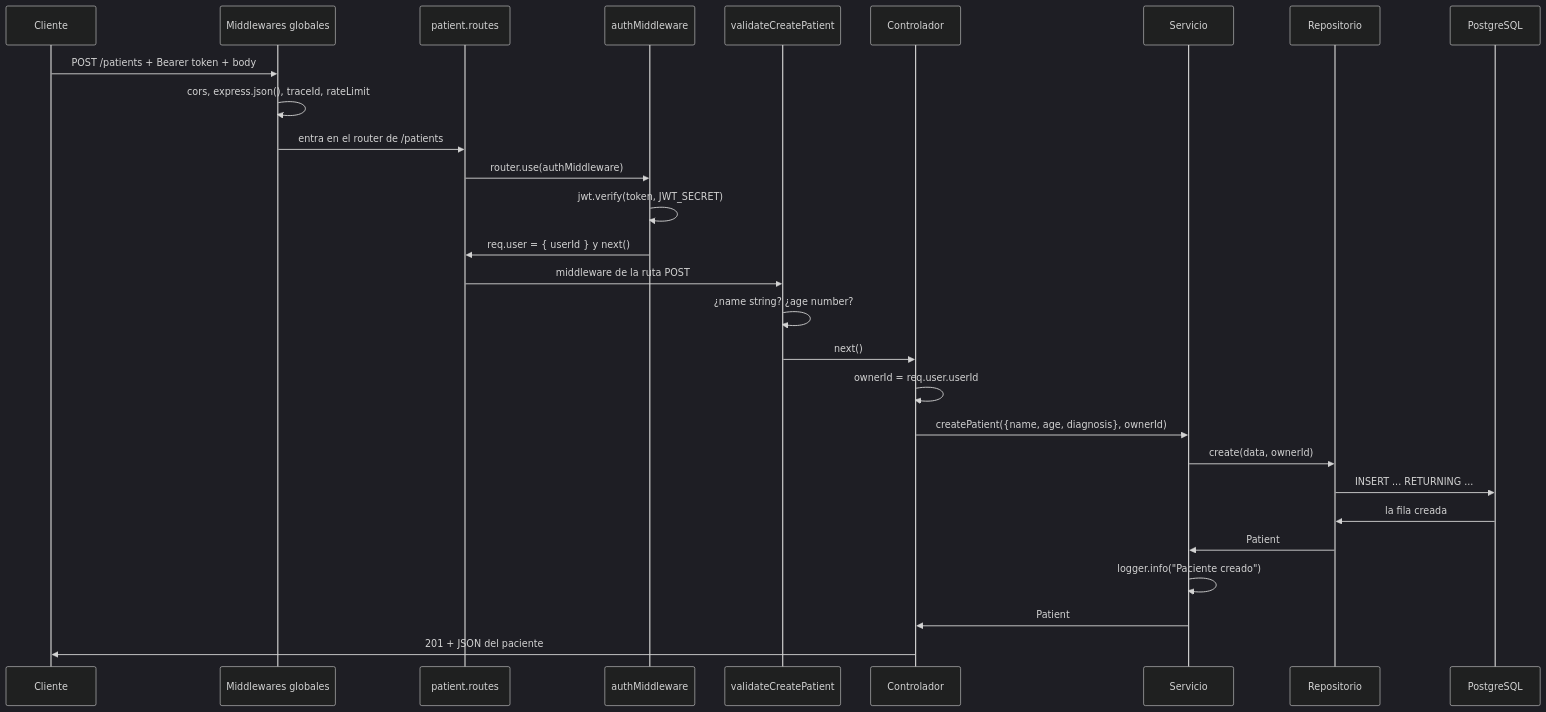
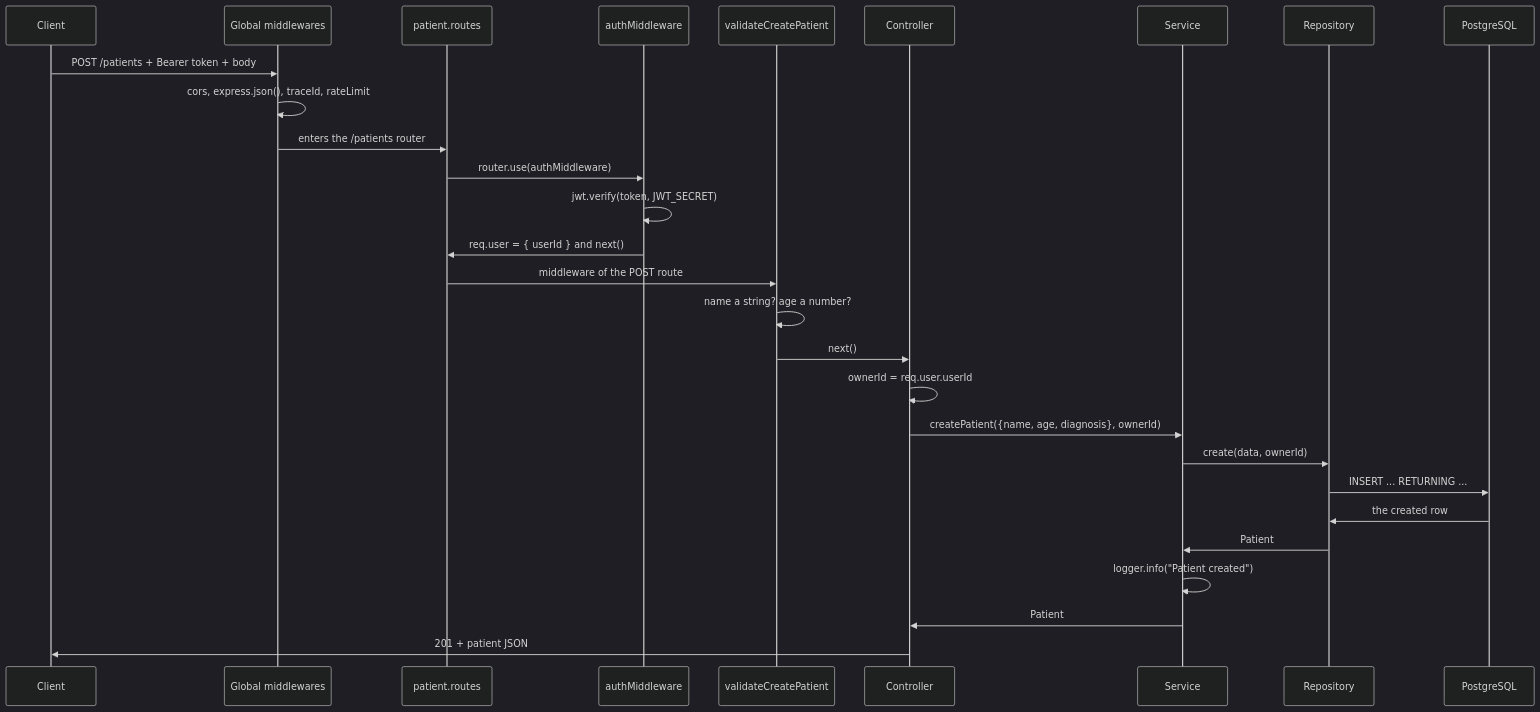
One commit to arturooreaf/clinica-api changed the second of 3 diagrams in docs/arquitectura.md. Above: the diagram before and after it, drawn with Mermaid (dark theme). The commit also changed other lines of this file and 4 other files, not shown here.

First line of the commit message:
docs: write the architecture and reference guides in English

````diff
--- a/docs/arquitectura.md
+++ b/docs/arquitectura.md
@@ -117,31 +118,31 @@
 ```mermaid
 sequenceDiagram
-    participant C as Cliente
-    participant M as Middlewares globales
+    participant C as Client
+    participant M as Global middlewares
     participant R as patient.routes
     participant A as authMiddleware
     participant V as validateCreatePatient
-    participant Ctrl as Controlador
-    participant S as Servicio
-    participant Repo as Repositorio
+    participant Ctrl as Controller
+    participant S as Service
+    participant Repo as Repository
     participant DB as PostgreSQL
 
     C->>M: POST /patients + Bearer token + body
     M->>M: cors, express.json(), traceId, rateLimit
-    M->>R: entra en el router de /patients
+    M->>R: enters the /patients router
     R->>A: router.use(authMiddleware)
     A->>A: jwt.verify(token, JWT_SECRET)
-    A->>R: req.user = { userId } y next()
-    R->>V: middleware de la ruta POST
-    V->>V: ¿name string? ¿age number?
+    A->>R: req.user = { userId } and next()
+    R->>V: middleware of the POST route
+    V->>V: name a string? age a number?
     V->>Ctrl: next()
     Ctrl->>Ctrl: ownerId = req.user.userId
     Ctrl->>S: createPatient({name, age, diagnosis}, ownerId)
     S->>Repo: create(data, ownerId)
     Repo->>DB: INSERT ... RETURNING ...
-    DB->>Repo: la fila creada
+    DB->>Repo: the created row
     Repo->>S: Patient
-    S->>S: logger.info("Paciente creado")
+    S->>S: logger.info("Patient created")
     S->>Ctrl: Patient
-    Ctrl->>C: 201 + JSON del paciente
+    Ctrl->>C: 201 + patient JSON
 ```
````
